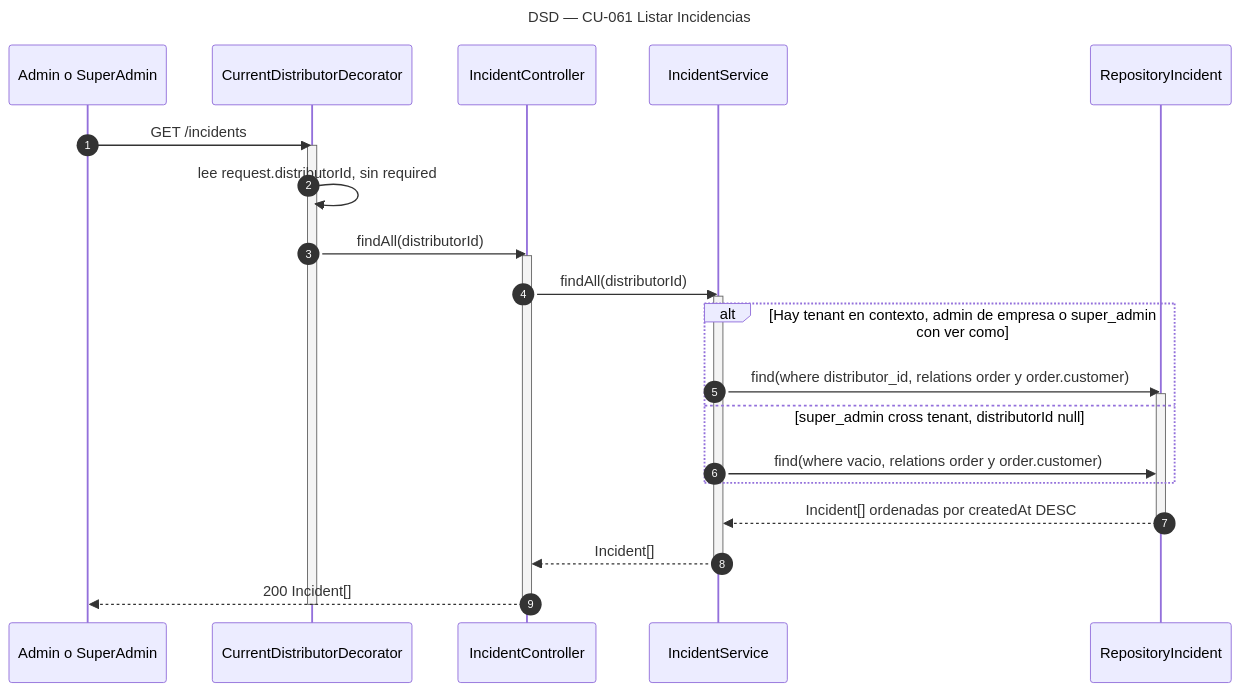
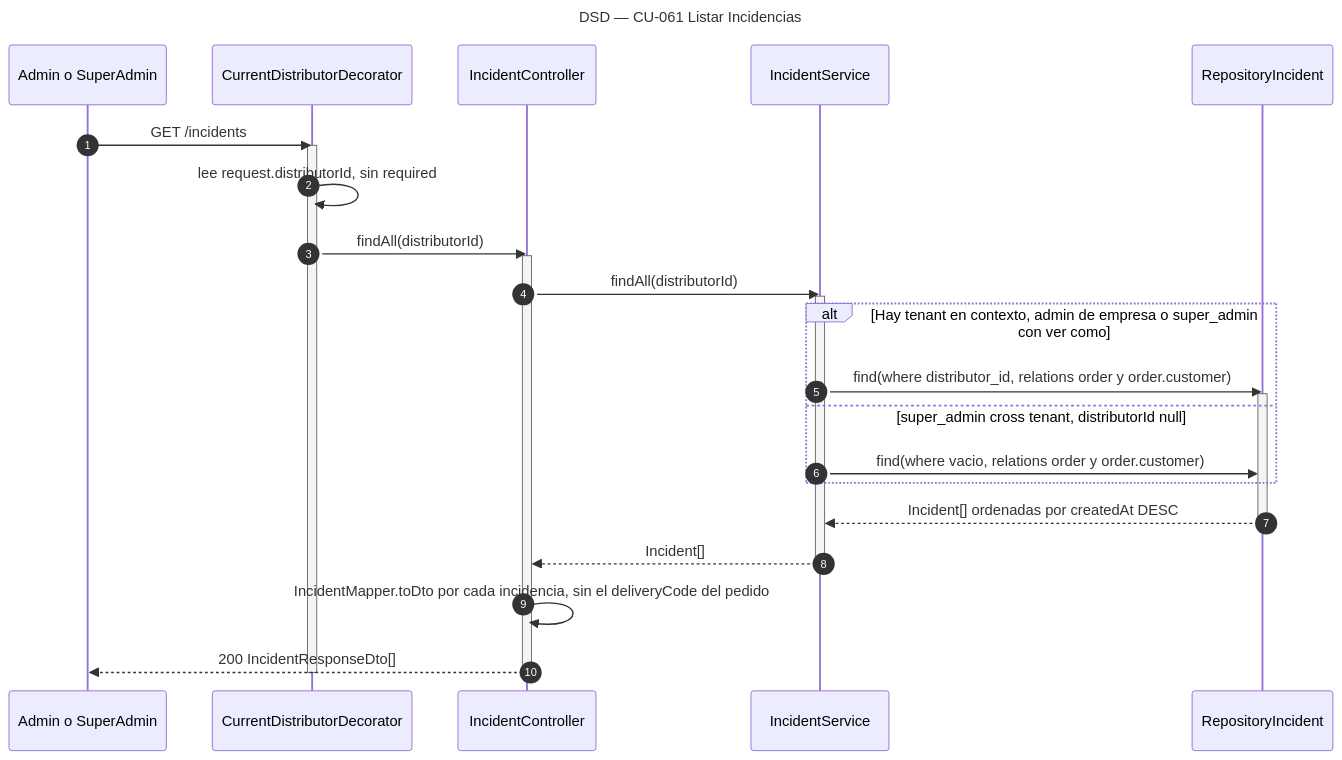
The diagram in diagramas/DSD_CU-061_Listar-Incidencias.mmd (Nahuelito-Dev/splg-docs), drawn with Mermaid before and after one commit. The commit also changed 5 other files, not shown here.

Commit message:
docs(dsd): incidencias con IncidentResponseDto y el pedido por OrderService

```diff
--- a/diagramas/DSD_CU-061_Listar-Incidencias.mmd
+++ b/diagramas/DSD_CU-061_Listar-Incidencias.mmd
@@ -1,29 +1,30 @@
 sequenceDiagram
     title DSD — CU-061 Listar Incidencias
     autonumber
     participant ADM as Admin o SuperAdmin
     participant DEC as CurrentDistributorDecorator
     participant CTRL as IncidentController
     participant SRV as IncidentService
     participant IREP as RepositoryIncident
 
     ADM->>DEC: GET /incidents
     activate DEC
     DEC->>DEC: lee request.distributorId, sin required
     DEC->>CTRL: findAll(distributorId)
     activate CTRL
     CTRL->>SRV: findAll(distributorId)
     activate SRV
     alt Hay tenant en contexto, admin de empresa o super_admin con ver como
         SRV->>IREP: find(where distributor_id, relations order y order.customer)
         activate IREP
     else super_admin cross tenant, distributorId null
         SRV->>IREP: find(where vacio, relations order y order.customer)
     end
     IREP-->>SRV: Incident[] ordenadas por createdAt DESC
     deactivate IREP
     SRV-->>CTRL: Incident[]
     deactivate SRV
-    CTRL-->>ADM: 200 Incident[]
+    CTRL->>CTRL: IncidentMapper.toDto por cada incidencia, sin el deliveryCode del pedido
+    CTRL-->>ADM: 200 IncidentResponseDto[]
     deactivate CTRL
     deactivate DEC
```
